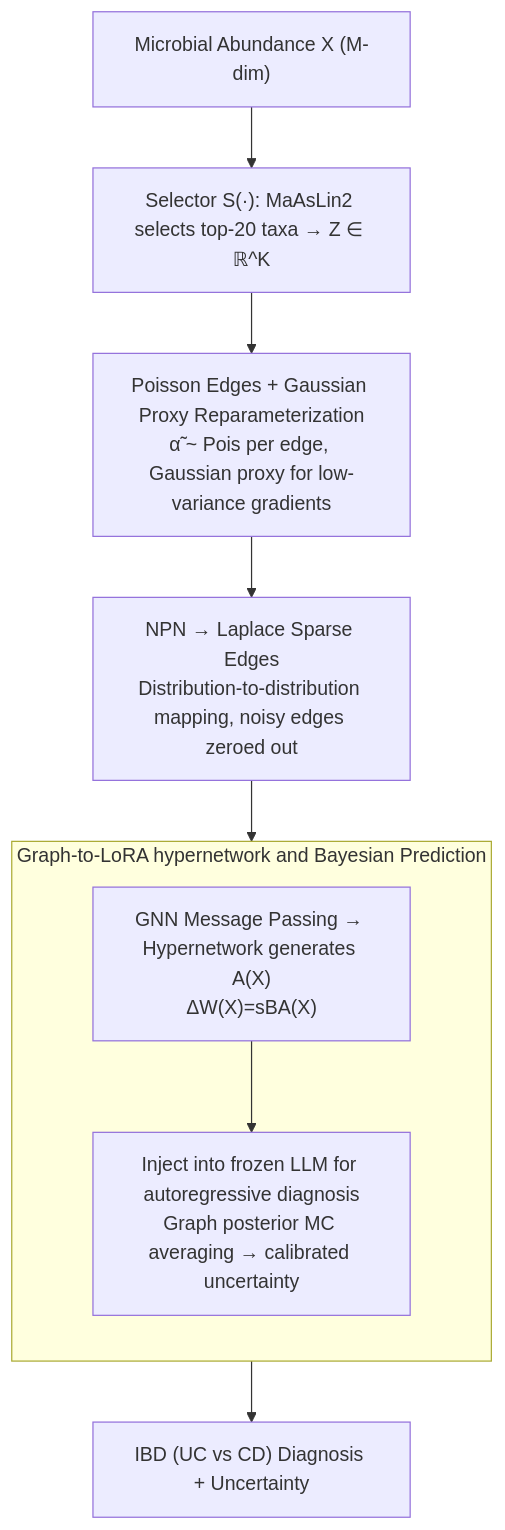
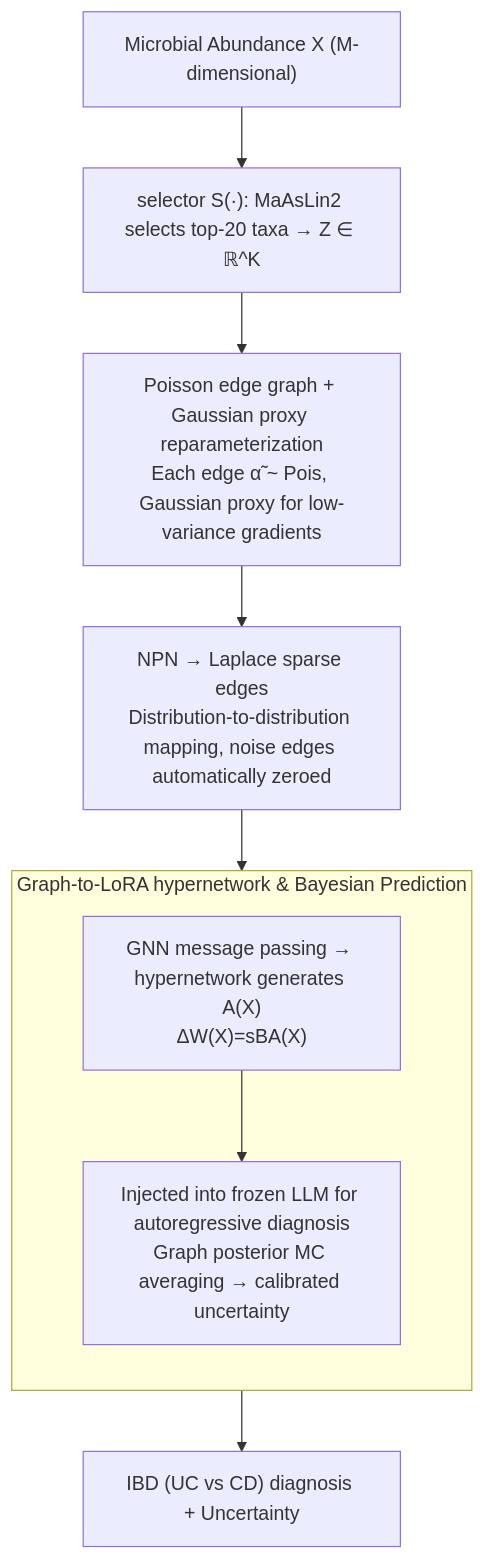
One commit to zhaoyang97/Paper-Notes-en changed the diagram in docs/ICML2026/computational_biology/ilora_bayesian_low-rank_adaptation_with_latent_interaction_graphs_for_microbiome.md. Above: the diagram before and after it, drawn with Mermaid. The commit also changed other lines of this file and 5084 other files, not shown here.

````diff
--- a/docs/ICML2026/computational_biology/ilora_bayesian_low-rank_adaptation_with_latent_interaction_graphs_for_microbiome.md
+++ b/docs/ICML2026/computational_biology/ilora_bayesian_low-rank_adaptation_with_latent_interaction_graphs_for_microbiome.md
@@ -43,12 +43,12 @@
 ```mermaid
 graph TD
-    A["Microbial Abundance X (M-dim)"] --> B["Selector S(·): MaAsLin2 selects top-20 taxa → Z ∈ ℝ^K"]
-    B --> C["Poisson Edges + Gaussian Proxy Reparameterization<br/>α̃ ~ Pois per edge, Gaussian proxy for low-variance gradients"]
-    C --> D["NPN → Laplace Sparse Edges<br/>Distribution-to-distribution mapping, noisy edges zeroed out"]
-    subgraph G2L["Graph-to-LoRA hypernetwork and Bayesian Prediction"]
+    A["Microbial Abundance X (M-dimensional)"] --> B["selector S(·): MaAsLin2 selects top-20 taxa → Z ∈ ℝ^K"]
+    B --> C["Poisson edge graph + Gaussian proxy reparameterization<br/>Each edge α̃ ~ Pois, Gaussian proxy for low-variance gradients"]
+    C --> D["NPN → Laplace sparse edges<br/>Distribution-to-distribution mapping, noise edges automatically zeroed"]
+    subgraph G2L["Graph-to-LoRA hypernetwork & Bayesian Prediction"]
         direction TB
-        E["GNN Message Passing → Hypernetwork generates A(X)<br/>ΔW(X)=sBA(X)"] --> F["Inject into frozen LLM for autoregressive diagnosis<br/>Graph posterior MC averaging → calibrated uncertainty"]
+        E["GNN message passing → hypernetwork generates A(X)<br/>ΔW(X)=sBA(X)"] --> F["Injected into frozen LLM for autoregressive diagnosis<br/>Graph posterior MC averaging → calibrated uncertainty"]
     end
     D --> E
-    F --> G["IBD (UC vs CD) Diagnosis + Uncertainty"]
+    F --> G["IBD (UC vs CD) diagnosis + Uncertainty"]
 ```
````
